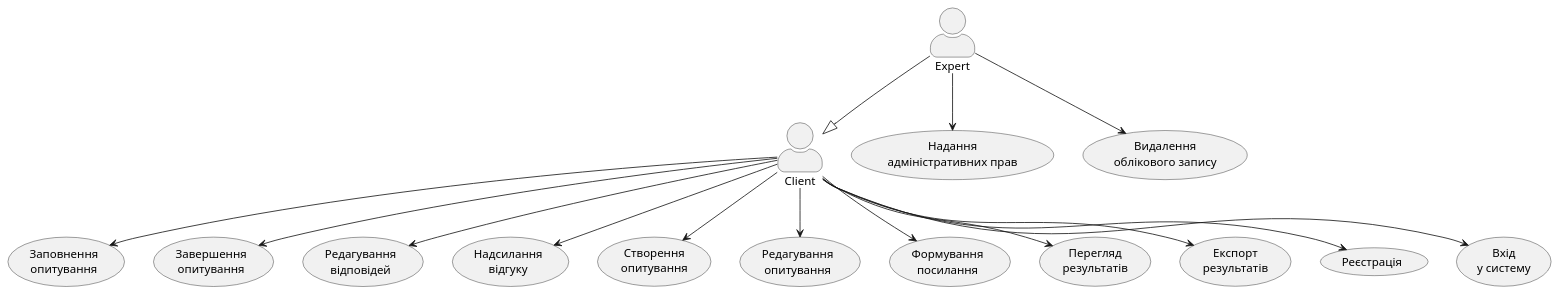
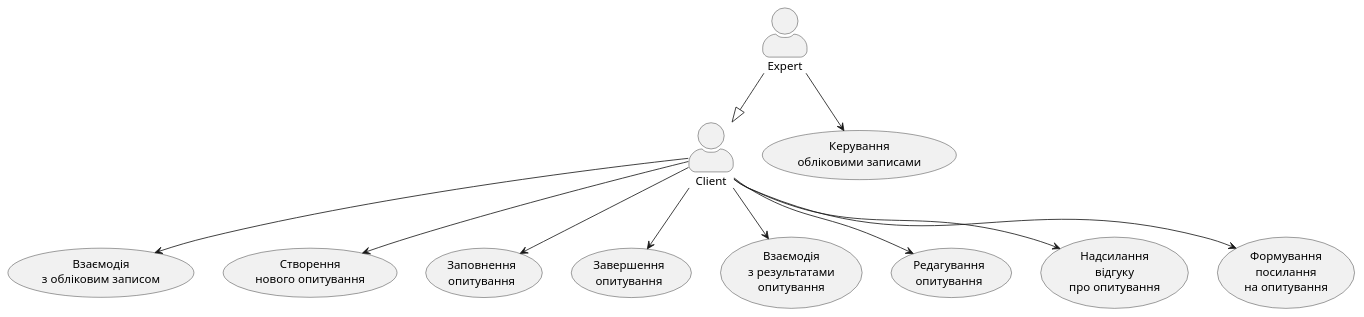
The first of 18 diagrams in docs/use cases/README.md (wh0smarg0/db_labs_gr1), drawn with PlantUML before and after one commit. The commit also changed other lines of this file, not shown here.

````diff
--- a/docs/use cases/README.md
+++ b/docs/use cases/README.md
@@ -3,35 +3,26 @@
 ```plantuml
 @startuml
 skinparam actorStyle awesome
 actor Client 
 actor Expert
+Client --> (UC1)
+usecase UC1 as "Взаємодія\nз обліковим записом"
+Client --> (UC2)
+usecase UC2 as "Створення\nнового опитування"
+Client --> (UC3)
+usecase UC3 as "Заповнення\nопитування"
 Client --> (UC4)
-usecase UC4 as "Заповнення\nопитування"
+usecase UC4 as "Завершення\nопитування"
 Client --> (UC5)
-usecase UC5 as "Завершення\nопитування"
+usecase UC5 as "Взаємодія\nз результатами\nопитування"
+Client --> (UC6)
+usecase UC6 as "Редагування\nопитування"
 Client --> (UC7)
-usecase UC7 as "Редагування\nвідповідей"
-Client --> (UC10)
-usecase UC10 as "Надсилання\nвідгуку"
-Client --> (UC3)
-usecase UC3 as "Створення\nопитування"
+usecase UC7 as "Надсилання\nвідгуку\nпро опитування"
 Client --> (UC8)
-usecase UC8 as "Редагування\nопитування"
-Client --> (UC11)
-usecase UC11 as "Формування\nпосилання"
-Client --> (UC6)
-usecase UC6 as "Перегляд\nрезультатів"
-Client --> (UC9)
-usecase UC9 as "Експорт\nрезультатів"
-Client --> (UC1)
-usecase UC1 as "Реєстрація"
-Client --> (UC2)
-usecase UC2 as "Вхід\nу систему"
-Expert --> (UC12)
-usecase UC12 as "Надання\nадміністративних прав"
-Expert --> (UC13)
-usecase UC13 as "Видалення\nоблікового запису"
+usecase UC8 as "Формування\nпосилання\nна опитування"
+Expert --> (UC9)
+usecase UC9 as "Керування\nобліковими записами"
 Expert -d-|> Client
 @enduml
-
 ```
````
